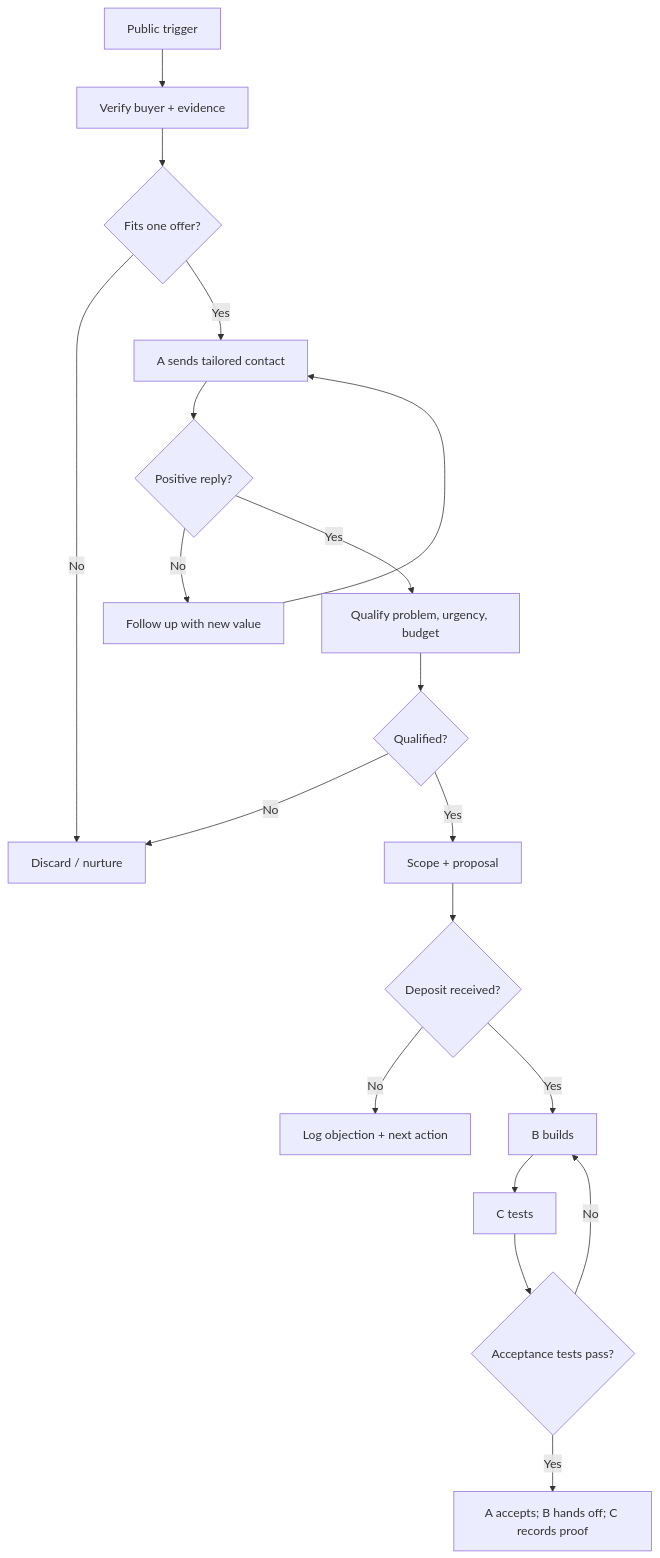
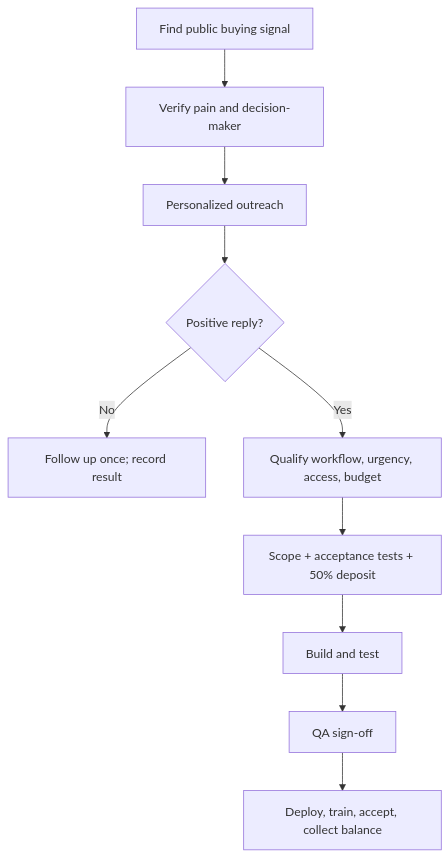
The diagram in 13_UML_Workflows.md (sulmanfarooqq/Documentation-), drawn with Mermaid before and after one commit. The commit also changed other lines of this file, not shown here.

Commit message:
Rewrite existing document for focused Flow Vello execution system

````diff
--- a/13_UML_Workflows.md
+++ b/13_UML_Workflows.md
@@ -2,21 +2,9 @@
 ```mermaid
 flowchart TD
-A[Public trigger] --> B[Verify buyer + evidence]
-B --> C{Fits one offer?}
-C -- No --> D[Discard / nurture]
-C -- Yes --> E[A sends tailored contact]
-E --> F{Positive reply?}
-F -- No --> G[Follow up with new value]
-G --> E
-F -- Yes --> H[Qualify problem, urgency, budget]
-H --> I{Qualified?}
-I -- No --> D
-I -- Yes --> J[Scope + proposal]
-J --> K{Deposit received?}
-K -- No --> L[Log objection + next action]
-K -- Yes --> M[B builds]
-M --> N[C tests]
-N --> O{Acceptance tests pass?}
-O -- No --> M
-O -- Yes --> P[A accepts; B hands off; C records proof]
+A[Find public buying signal] --> B[Verify pain and decision-maker]
+B --> C[Personalized outreach] --> D{Positive reply?}
+D -- No --> E[Follow up once; record result]
+D -- Yes --> F[Qualify workflow, urgency, access, budget]
+F --> G[Scope + acceptance tests + 50% deposit] --> H[Build and test]
+H --> I[QA sign-off] --> J[Deploy, train, accept, collect balance]
 ```
````
